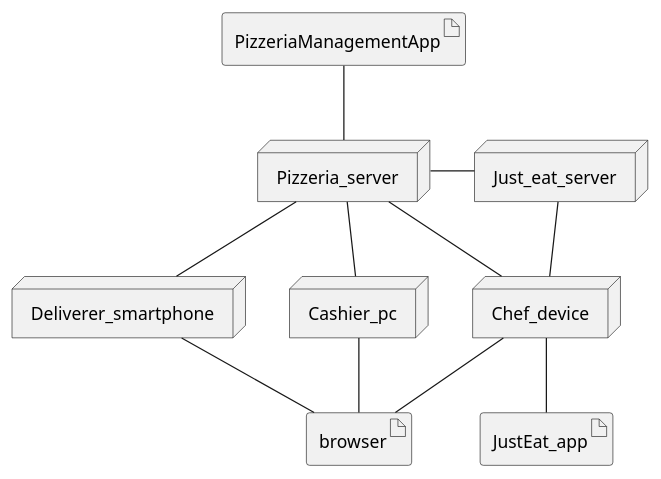
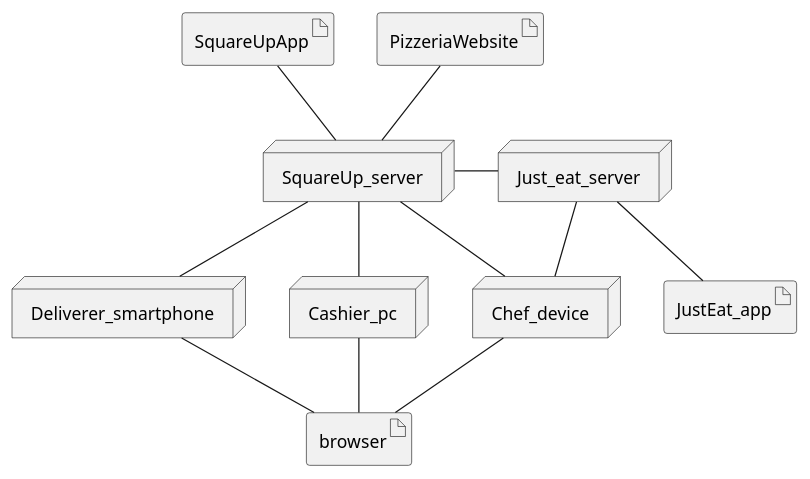
The second of 2 diagrams in ReportToBe.md (MattiaRiola/is-pizzeria-project), drawn with PlantUML before and after one commit. The commit also changed other lines of this file and 2 other files, not shown here.

Commit message:
:hammer: changed getNewOrder To Be BPMN, Summmary of changes and Technological view

````diff
--- a/ReportToBe.md
+++ b/ReportToBe.md
@@ -197,24 +199,26 @@
 ```plantuml
 @startuml
 node Just_eat_server
-node Pizzeria_server
+node SquareUp_server
 node Deliverer_smartphone
 node Cashier_pc
 node Chef_device
 
 artifact JustEat_app
 artifact browser
-artifact PizzeriaManagementApp
+artifact SquareUpApp
+artifact PizzeriaWebsite
 
 Just_eat_server -- Chef_device
-Pizzeria_server -r- Just_eat_server
-JustEat_app -u- Chef_device
-Pizzeria_server -- Cashier_pc
-Pizzeria_server -- Deliverer_smartphone
-Pizzeria_server -- Chef_device 
-Pizzeria_server -u- PizzeriaManagementApp
+SquareUp_server -r- Just_eat_server
+JustEat_app -u- Just_eat_server
+SquareUp_server -- Cashier_pc
+SquareUp_server -- Deliverer_smartphone
+SquareUp_server -- Chef_device
+SquareUp_server -u- PizzeriaWebsite  
+SquareUp_server -u- SquareUpApp
 Deliverer_smartphone  -- browser
 Chef_device  -- browser
 Cashier_pc  -- browser
 @enduml
 ```
````
